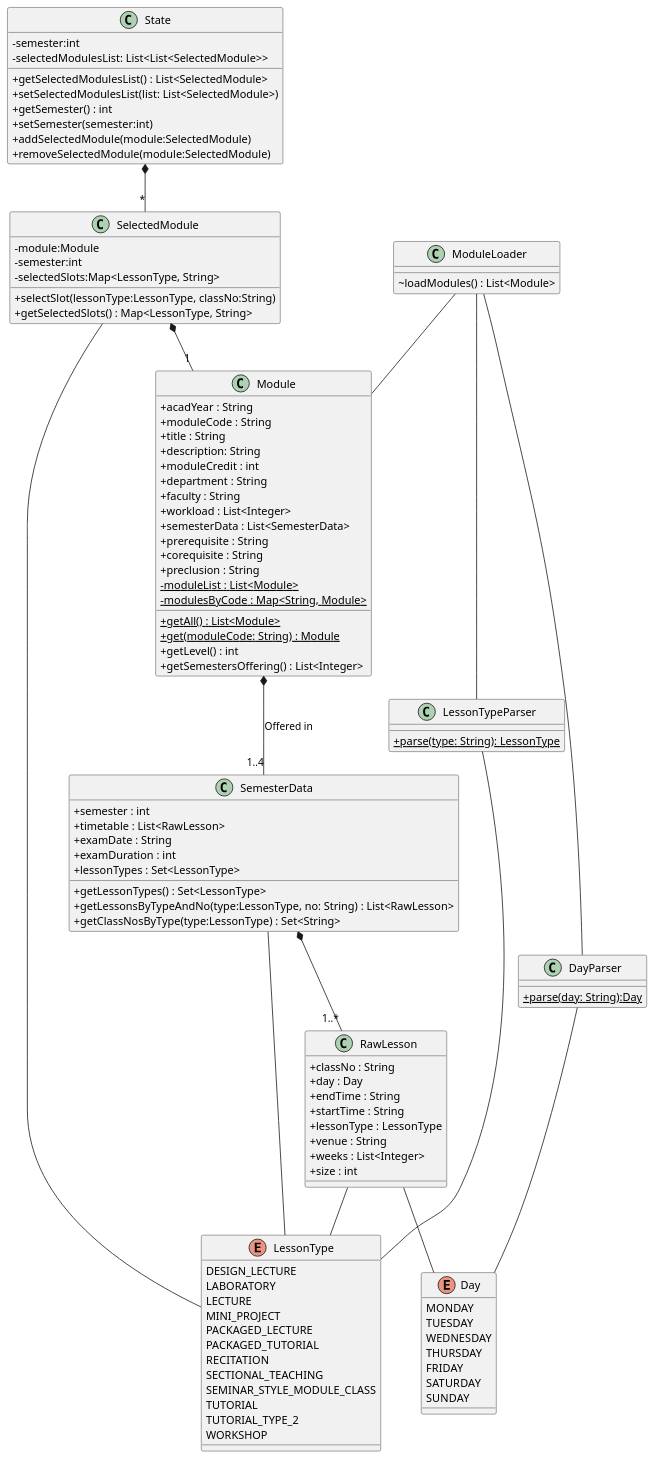
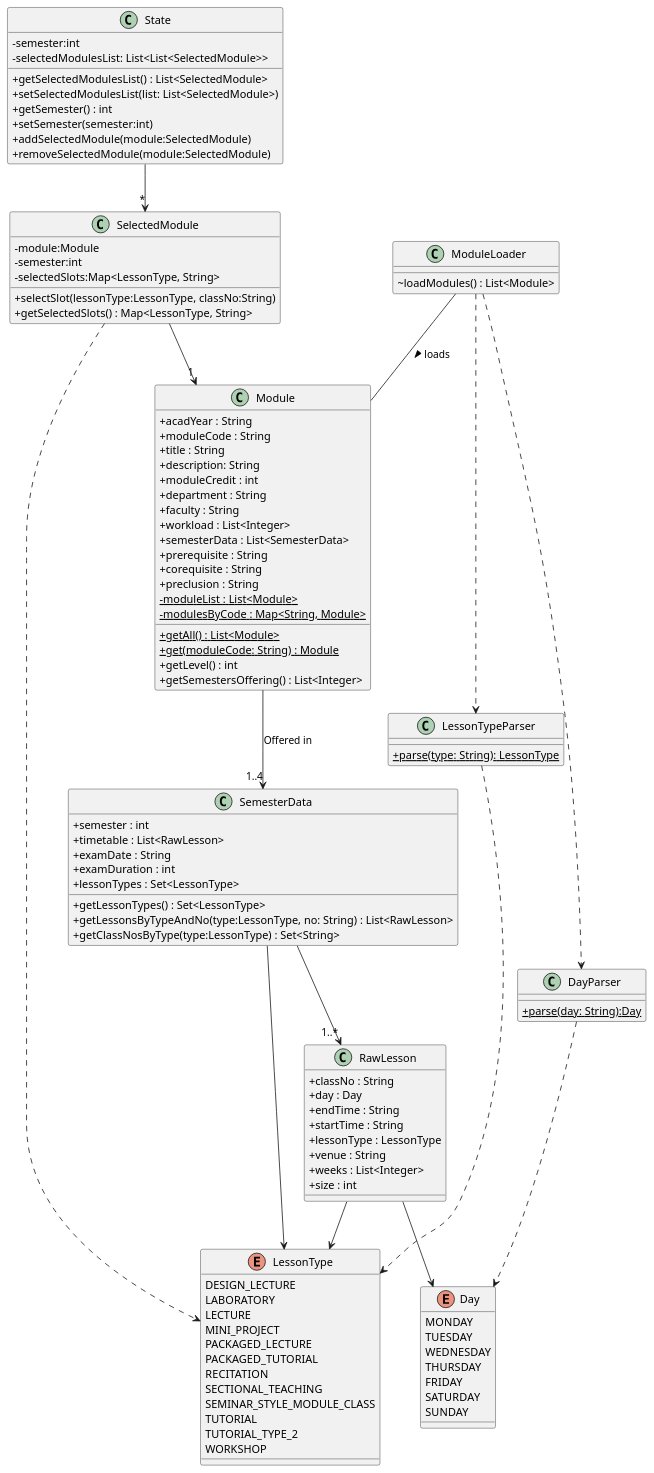
Before and after one commit to nus-cs2113-AY2223S1/tp: the diagram in docs/UMLdiagrams/model.puml, drawn with PlantUML. The commit also changed 1 other file, not shown here.

Commit message:
Update model class diagram

```diff
--- a/docs/UMLdiagrams/model.puml
+++ b/docs/UMLdiagrams/model.puml
@@ -1,123 +1,123 @@
 @startuml
 skinparam classAttributeIconSize 0
 
 
 class State {
 - semester:int
 - selectedModulesList: List<List<SelectedModule>>
 + getSelectedModulesList() : List<SelectedModule>
 + setSelectedModulesList(list: List<SelectedModule>)
 + getSemester() : int
 + setSemester(semester:int)
 + addSelectedModule(module:SelectedModule)
 + removeSelectedModule(module:SelectedModule)
 }
 
-State *-- "*" SelectedModule
+State --> "*" SelectedModule
 
 class SelectedModule {
 - module:Module
 - semester:int
 - selectedSlots:Map<LessonType, String>
 + selectSlot(lessonType:LessonType, classNo:String)
 + getSelectedSlots() : Map<LessonType, String>
 }
 
-SelectedModule *-- "1" Module
+SelectedModule --> "1" Module
 
 class ModuleLoader {
 ~ loadModules() : List<Module>
 }
 
-ModuleLoader -- Module
+ModuleLoader -- Module : loads >
 
 class Module {
 + acadYear : String
 + moduleCode : String
 + title : String
 + description: String
 + moduleCredit : int
 + department : String
 + faculty : String
 + workload : List<Integer>
 + semesterData : List<SemesterData>
 + prerequisite : String
 + corequisite : String
 + preclusion : String
 {static} - moduleList : List<Module>
 {static} - modulesByCode : Map<String, Module>
 {static} + getAll() : List<Module>
 {static} + get(moduleCode: String) : Module
 + getLevel() : int
 + getSemestersOffering() : List<Integer>
 }
 
 class SemesterData {
 + semester : int
 + timetable : List<RawLesson>
 + examDate : String
 + examDuration : int
 + lessonTypes : Set<LessonType>
 + getLessonTypes() : Set<LessonType>
 + getLessonsByTypeAndNo(type:LessonType, no: String) : List<RawLesson>
 + getClassNosByType(type:LessonType) : Set<String>
 }
 
-Module *-- "1..4" SemesterData : Offered in
+Module --> "1..4" SemesterData : Offered in
 
 class RawLesson {
 + classNo : String
 + day : Day
 + endTime : String
 + startTime : String
 + lessonType : LessonType
 + venue : String
 + weeks : List<Integer>
 + size : int
 }
 
-SemesterData *-- "1..*" RawLesson
+SemesterData --> "1..*" RawLesson
 
 enum LessonType {
     DESIGN_LECTURE
     LABORATORY
     LECTURE
     MINI_PROJECT
     PACKAGED_LECTURE
     PACKAGED_TUTORIAL
     RECITATION
     SECTIONAL_TEACHING
     SEMINAR_STYLE_MODULE_CLASS
     TUTORIAL
     TUTORIAL_TYPE_2
     WORKSHOP
 }
 
 enum Day {
     MONDAY
     TUESDAY
     WEDNESDAY
     THURSDAY
     FRIDAY
     SATURDAY
     SUNDAY
 }
 
 class LessonTypeParser {
 {static} + parse(type: String): LessonType
 }
 
 class DayParser {
 {static} + parse(day: String):Day
 }
 
-ModuleLoader -- LessonTypeParser
-ModuleLoader -- DayParser
-LessonTypeParser -- LessonType
-DayParser -- Day
+ModuleLoader ..> LessonTypeParser
+ModuleLoader ..> DayParser
+LessonTypeParser ..> LessonType
+DayParser ..> Day
 
-SelectedModule -- LessonType
-SemesterData -- LessonType
-RawLesson -- LessonType
-RawLesson -- Day
+SelectedModule ..> LessonType
+SemesterData --> LessonType
+RawLesson --> LessonType
+RawLesson --> Day
 @enduml
```
